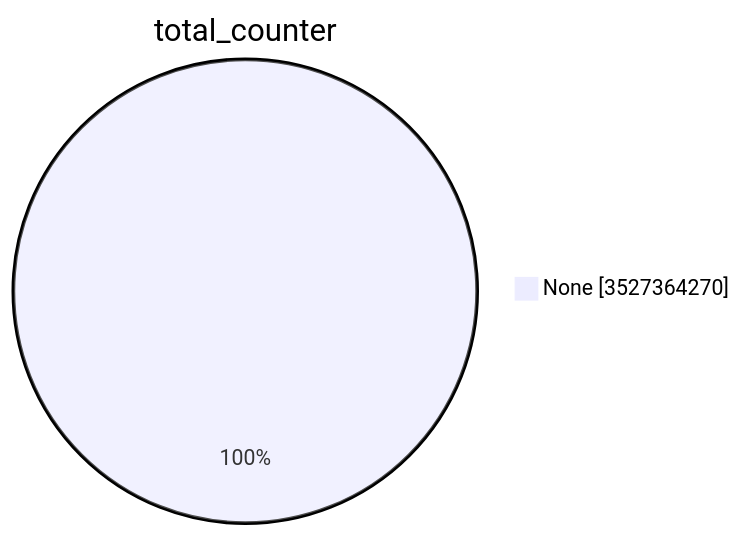
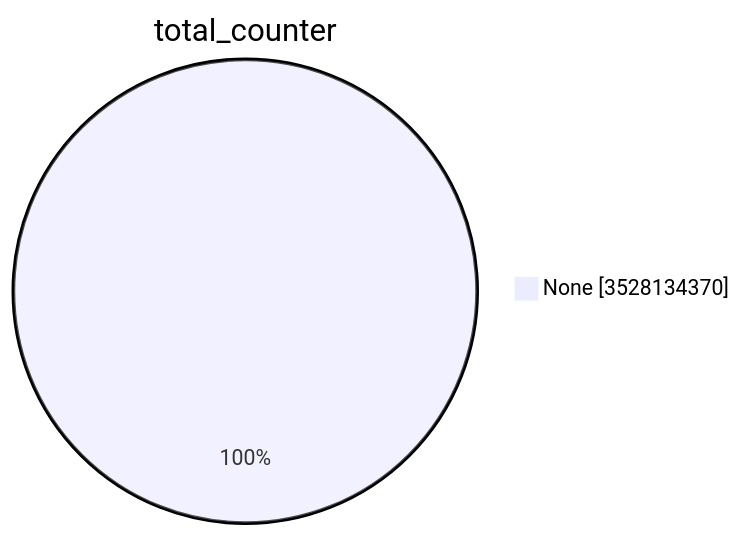
One commit to christiankrug/ctmonitor_visualization changed the first of 15 diagrams in TOTAL/README.md. Above: the diagram before and after it, drawn with Mermaid. The commit also changed other lines of this file, not shown here.

````diff
--- a/TOTAL/README.md
+++ b/TOTAL/README.md
@@ -1,5 +1,5 @@
 ```mermaid
 pie showData
 title total_counter
-"None" :3527364270
+"None" :3528134370
 ```
````
